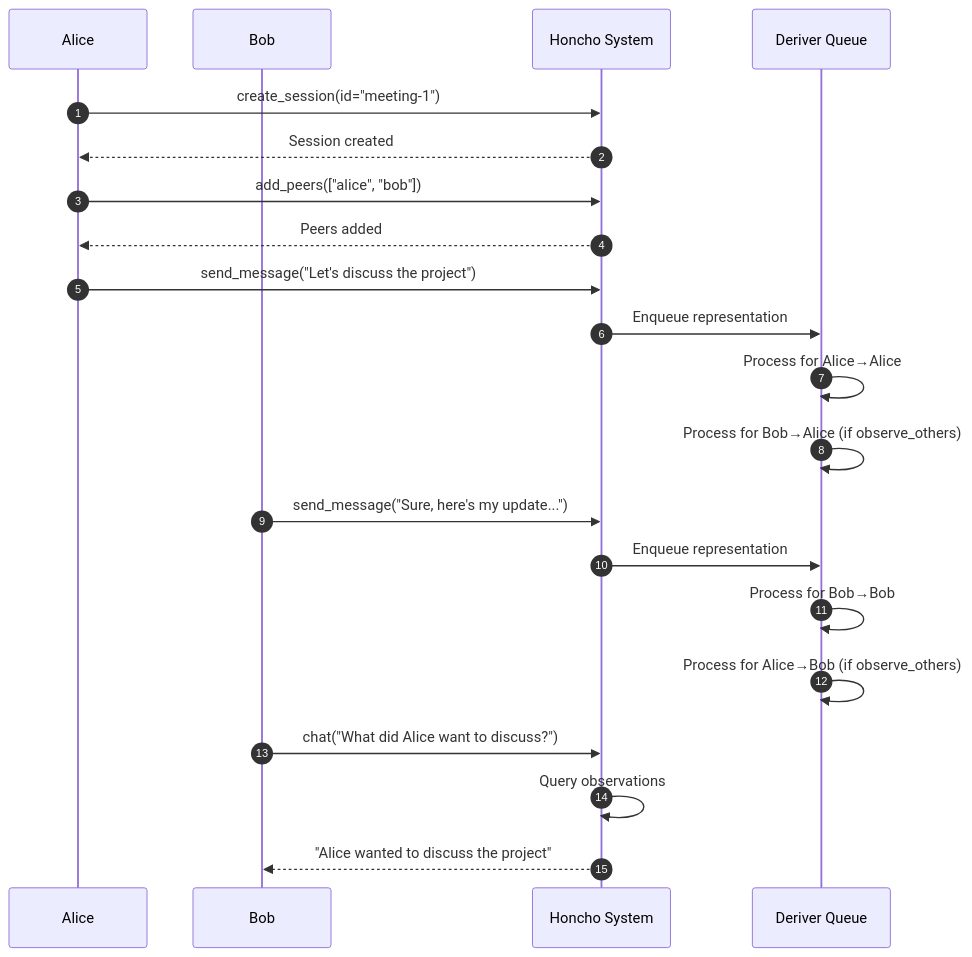
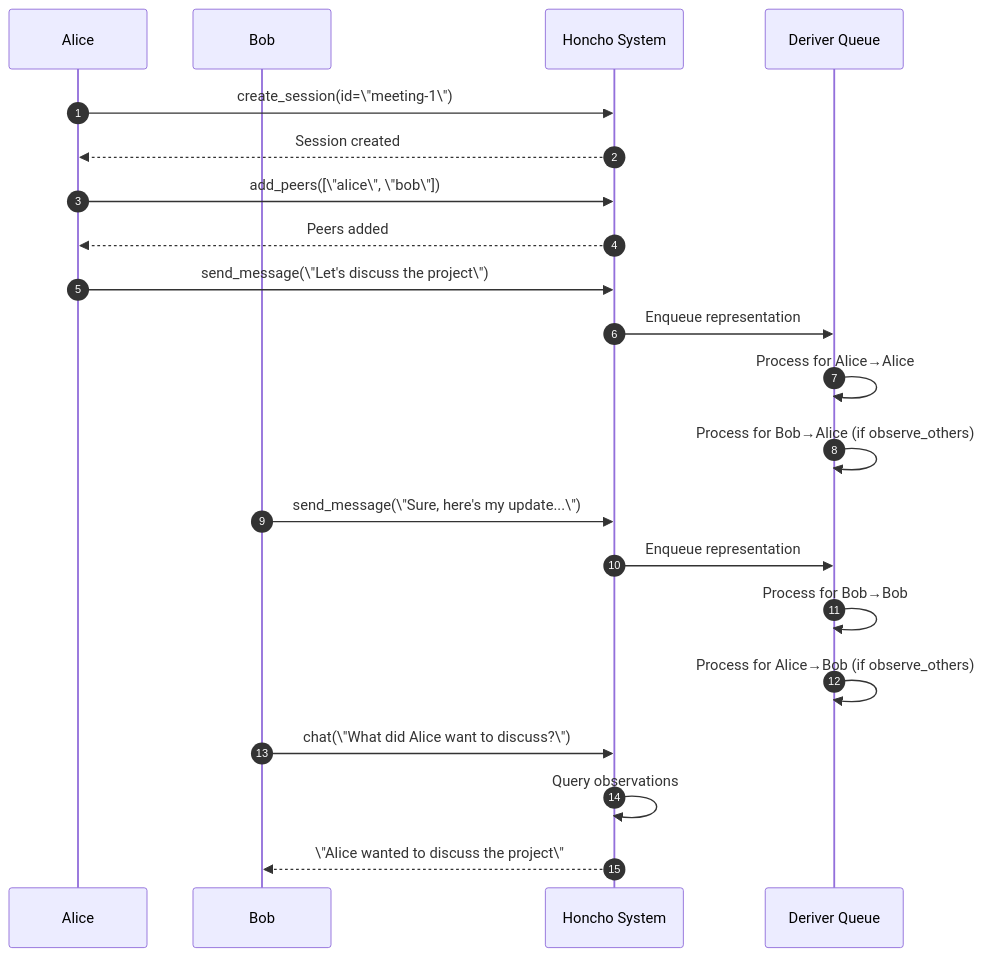
Diagram 33 of 49 in docs/v3/guides/community/dgs-integrations/Honcho-REQUIREMENTS.md (dsidlo/local-honcho), drawn with Mermaid before and after one commit. The commit also changed other lines of this file and 3 other files, not shown here.

````diff
--- a/docs/v3/guides/community/dgs-integrations/Honcho-REQUIREMENTS.md
+++ b/docs/v3/guides/community/dgs-integrations/Honcho-REQUIREMENTS.md
@@ -1596,28 +1597,28 @@
 ```mermaid
 sequenceDiagram
     autonumber
     participant Alice
     participant Bob
     participant System as Honcho System
     participant Queue as Deriver Queue
 
-    Alice->>System: create_session(id="meeting-1")
+    Alice->>System: create_session(id=\"meeting-1\")
     System-->>Alice: Session created
     
-    Alice->>System: add_peers(["alice", "bob"])
+    Alice->>System: add_peers([\"alice\", \"bob\"])
     System-->>Alice: Peers added
     
-    Alice->>System: send_message("Let's discuss the project")
+    Alice->>System: send_message(\"Let's discuss the project\")
     System->>Queue: Enqueue representation
     Queue->>Queue: Process for Alice→Alice
     Queue->>Queue: Process for Bob→Alice (if observe_others)
     
-    Bob->>System: send_message("Sure, here's my update...")
+    Bob->>System: send_message(\"Sure, here's my update...\")
     System->>Queue: Enqueue representation
     Queue->>Queue: Process for Bob→Bob
     Queue->>Queue: Process for Alice→Bob (if observe_others)
     
-    Bob->>System: chat("What did Alice want to discuss?")
+    Bob->>System: chat(\"What did Alice want to discuss?\")
     System->>System: Query observations
-    System-->>Bob: "Alice wanted to discuss the project"
+    System-->>Bob: \"Alice wanted to discuss the project\"
 ```
````
